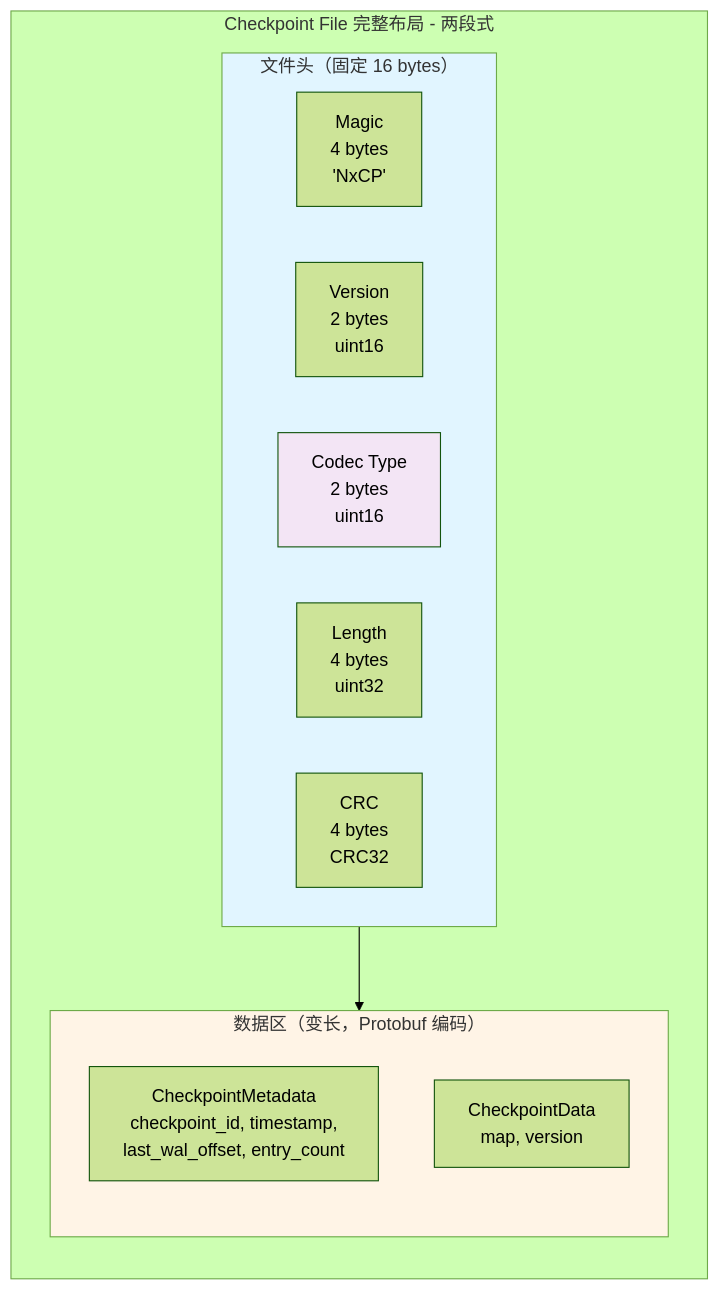
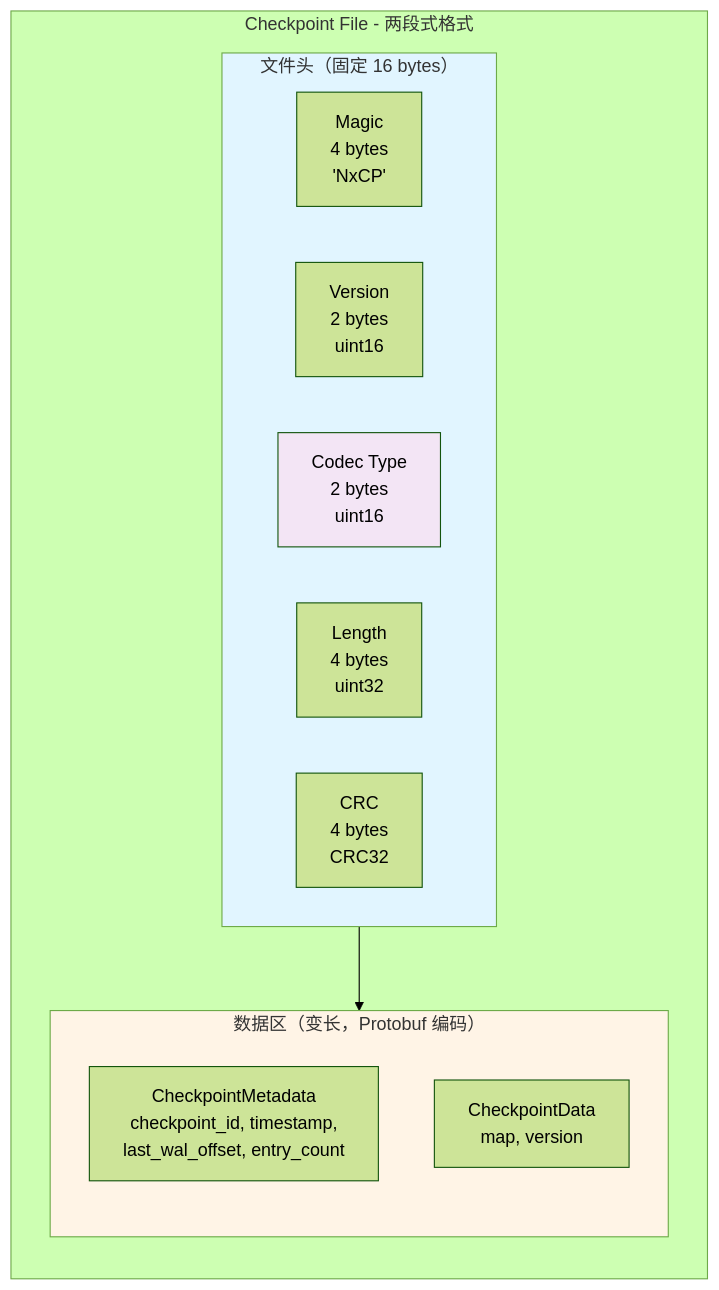
The second of 6 diagrams in docs/06_project_management/pr_documents/feature/2026-01-19_PR-003_WAL_Checkpoint_机制实现_Pre.md (jzhang405/NexKV), drawn with Mermaid (forest theme) before and after one commit. The commit also changed other lines of this file, not shown here.

First line of the commit message:
docs(pr-003): 简化文件格式图表，只保留一个

````diff
--- a/docs/06_project_management/pr_documents/feature/2026-01-19_PR-003_WAL_Checkpoint_机制实现_Pre.md
+++ b/docs/06_project_management/pr_documents/feature/2026-01-19_PR-003_WAL_Checkpoint_机制实现_Pre.md
@@ -206,27 +190,27 @@
 ```mermaid
 flowchart TD
-    subgraph CheckpointFile["Checkpoint File 完整布局 - 两段式"]
+    subgraph CheckpointFile["Checkpoint File - 两段式格式"]
         direction TB
 
         subgraph Header["文件头（固定 16 bytes）"]
             direction LR
             H1["Magic<br/>4 bytes<br/>'NxCP'"]
             H2["Version<br/>2 bytes<br/>uint16"]
             H3["Codec Type<br/>2 bytes<br/>uint16"]
             H4["Length<br/>4 bytes<br/>uint32"]
             H5["CRC<br/>4 bytes<br/>CRC32"]
         end
 
         subgraph Data["数据区（变长，Protobuf 编码）"]
             direction TB
             D1["CheckpointMetadata<br/>checkpoint_id, timestamp,<br/>last_wal_offset, entry_count"]
             D2["CheckpointData<br/>map<string, bytes>, version"]
         end
 
         Header --> Data
     end
 
     style Header fill:#e1f5ff
     style Data fill:#fff4e6
     style H3 fill:#f3e5f5
 ```
````
